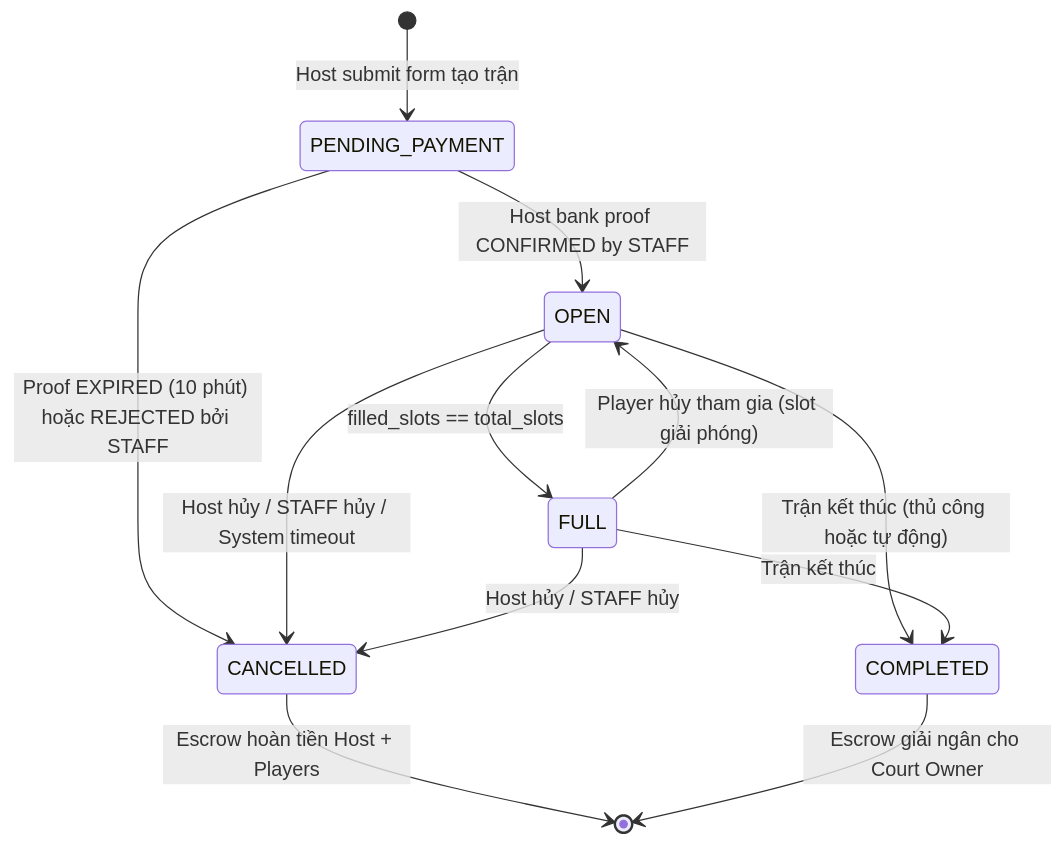
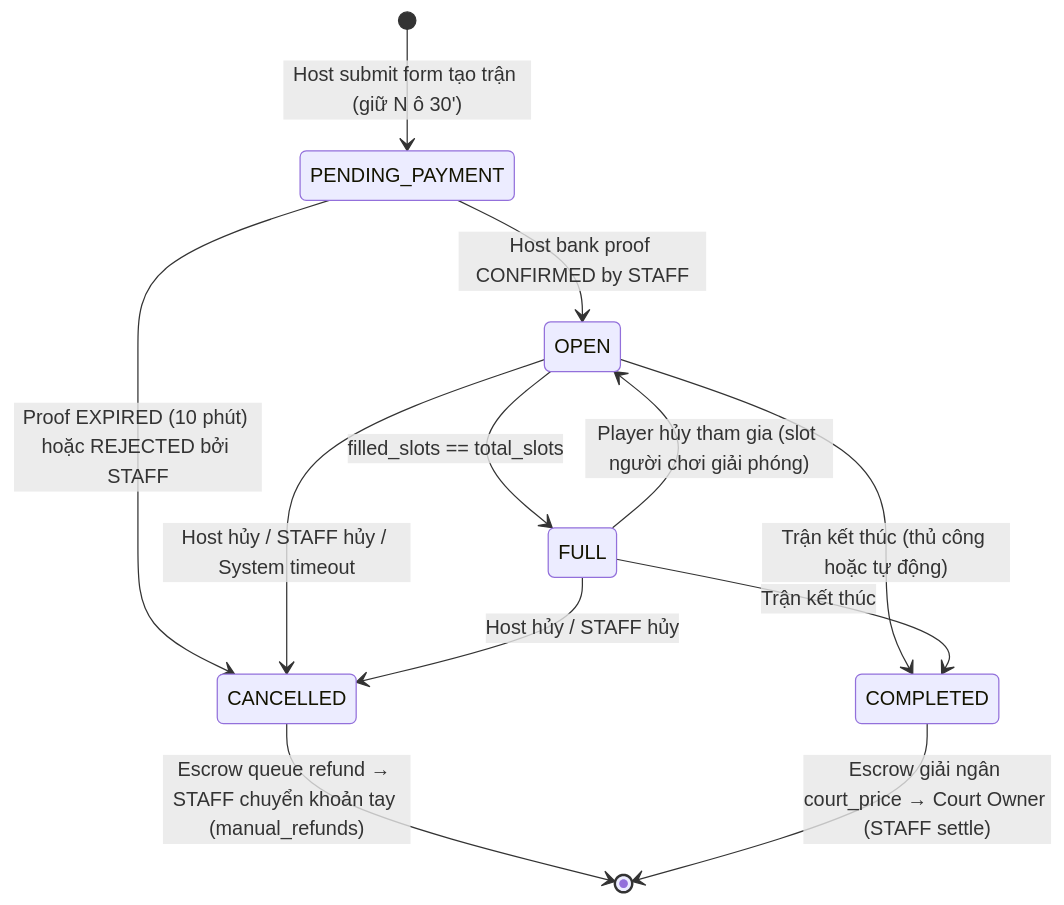
Before and after one commit to phucgigital03/BadmintonHub: the first of 4 diagrams in UC_Matchmaking.md, drawn with Mermaid. The commit also changed other lines of this file and 7 other files, not shown here.

````diff
--- a/UC_Matchmaking.md
+++ b/UC_Matchmaking.md
@@ -42,14 +50,14 @@
 ```mermaid
 stateDiagram-v2
-    [*] --> PENDING_PAYMENT : Host submit form tạo trận
+    [*] --> PENDING_PAYMENT : Host submit form tạo trận (giữ N ô 30')
     PENDING_PAYMENT --> OPEN : Host bank proof CONFIRMED by STAFF
     PENDING_PAYMENT --> CANCELLED : Proof EXPIRED (10 phút) hoặc REJECTED bởi STAFF
     OPEN --> FULL : filled_slots == total_slots
-    FULL --> OPEN : Player hủy tham gia (slot giải phóng)
+    FULL --> OPEN : Player hủy tham gia (slot người chơi giải phóng)
     OPEN --> CANCELLED : Host hủy / STAFF hủy / System timeout
     FULL --> CANCELLED : Host hủy / STAFF hủy
     OPEN --> COMPLETED : Trận kết thúc (thủ công hoặc tự động)
     FULL --> COMPLETED : Trận kết thúc
-    CANCELLED --> [*] : Escrow hoàn tiền Host + Players
-    COMPLETED --> [*] : Escrow giải ngân cho Court Owner
+    CANCELLED --> [*] : Escrow queue refund → STAFF chuyển khoản tay (manual_refunds)
+    COMPLETED --> [*] : Escrow giải ngân court_price → Court Owner (STAFF settle)
 ```
````
